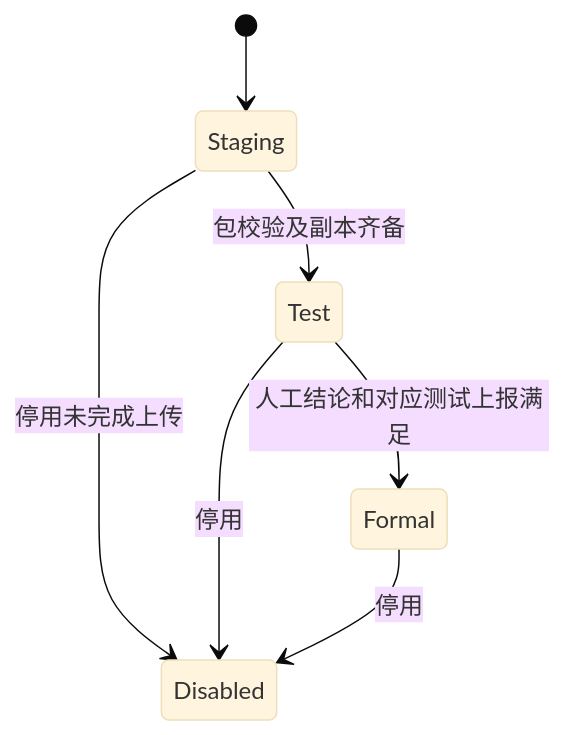
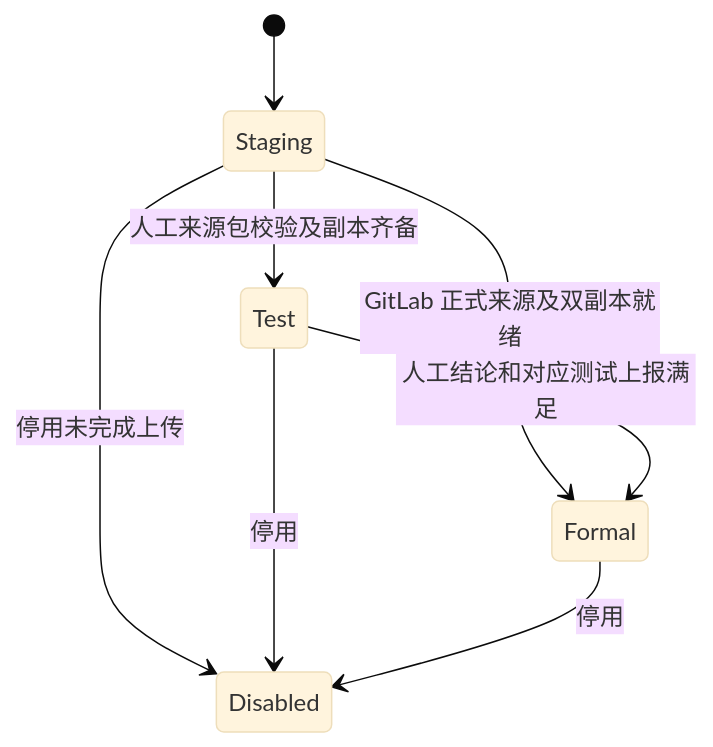
One commit to ShuJinHao/SoftwareVersionManagement changed the third of 9 diagrams in docs/详细设计.md. Above: the diagram before and after it, drawn with Mermaid (base theme). The commit also changed other lines of this file and 65 other files, not shown here.

Commit message:
feat: import formal GitLab releases for site deployment

````diff
--- a/docs/详细设计.md
+++ b/docs/详细设计.md
@@ -174,9 +174,10 @@
 ```mermaid
 stateDiagram-v2
     [*] --> Staging
-    Staging --> Test: 包校验及副本齐备
+    Staging --> Test: 人工来源包校验及副本齐备
+    Staging --> Formal: GitLab 正式来源及双副本就绪
     Test --> Formal: 人工结论和对应测试上报满足
     Staging --> Disabled: 停用未完成上传
     Test --> Disabled: 停用
     Formal --> Disabled: 停用
 ```
````
